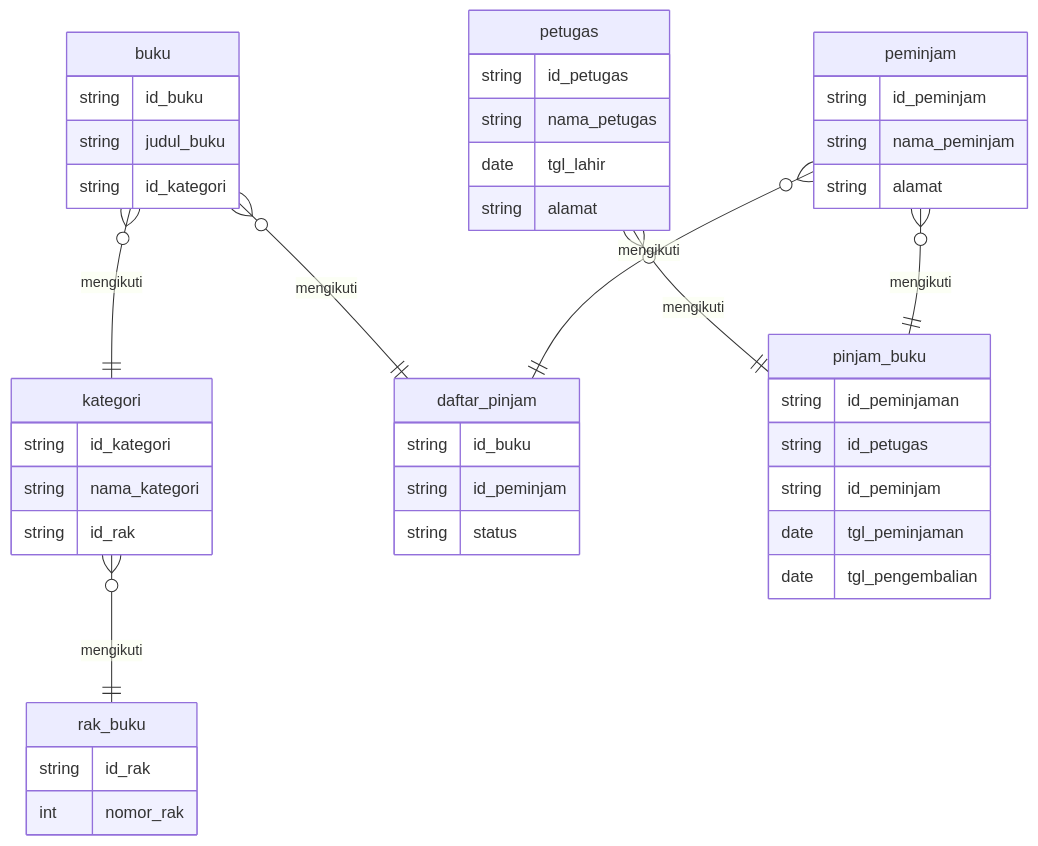
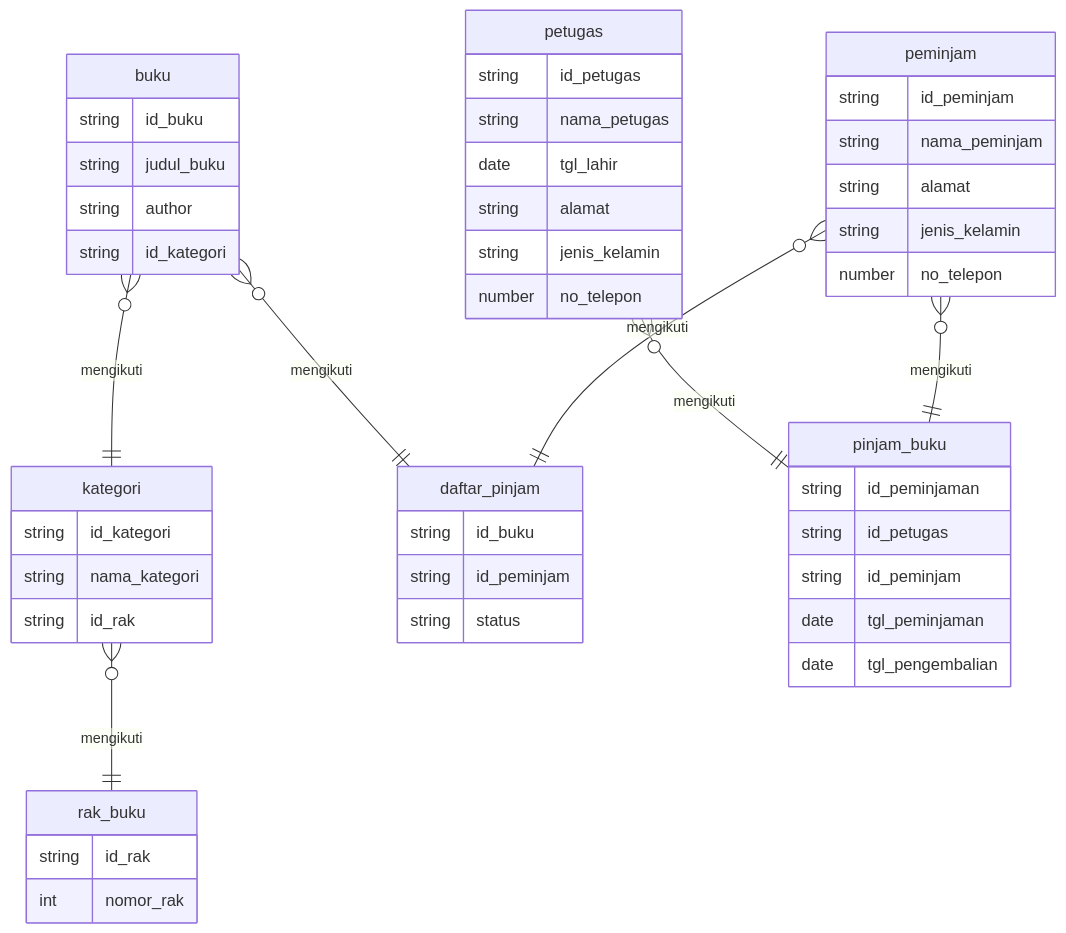
The diagram in readme.md (dimastadeoo/koda-b8-db1), drawn with Mermaid before and after one commit.

Commit message:
docs: Update ERD to include additional fields for 'buku', 'petugas', and 'peminjam'

````diff
--- a/readme.md
+++ b/readme.md
@@ -5,55 +5,60 @@
 ```mermaid
 
 erDiagram
     
     buku {
         string id_buku
         string judul_buku
+        string author
         string id_kategori
     }
     
     kategori {
         string id_kategori
         string nama_kategori
         string id_rak
     }
     rak_buku {
         string id_rak
         int nomor_rak
     }
     petugas {
         string id_petugas
         string nama_petugas
         date tgl_lahir
         string alamat
+        string jenis_kelamin
+        number no_telepon
     }
 
     peminjam {
         string id_peminjam
         string nama_peminjam
         string alamat
+        string jenis_kelamin
+        number no_telepon
     }
 
     daftar_pinjam {
         string id_buku
         string id_peminjam
         string status
     }
 
     pinjam_buku {
         string id_peminjaman
         string id_petugas
         string id_peminjam
         date tgl_peminjaman
         date tgl_pengembalian
     }
 
     buku o{ -- || kategori : mengikuti
     kategori o{ -- || rak_buku : mengikuti
     buku o{ -- || daftar_pinjam : mengikuti
     peminjam o{ -- || daftar_pinjam : mengikuti
     petugas o{ -- || pinjam_buku : mengikuti
     peminjam o{ -- || pinjam_buku : mengikuti
 
 
 ```
````
